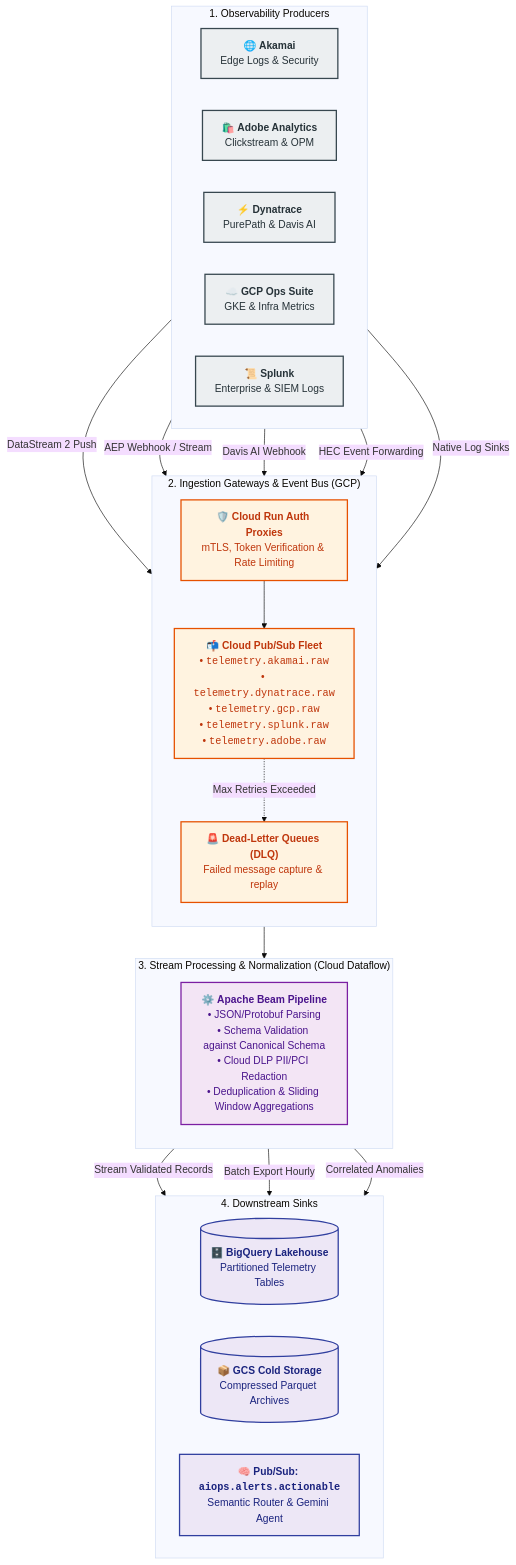
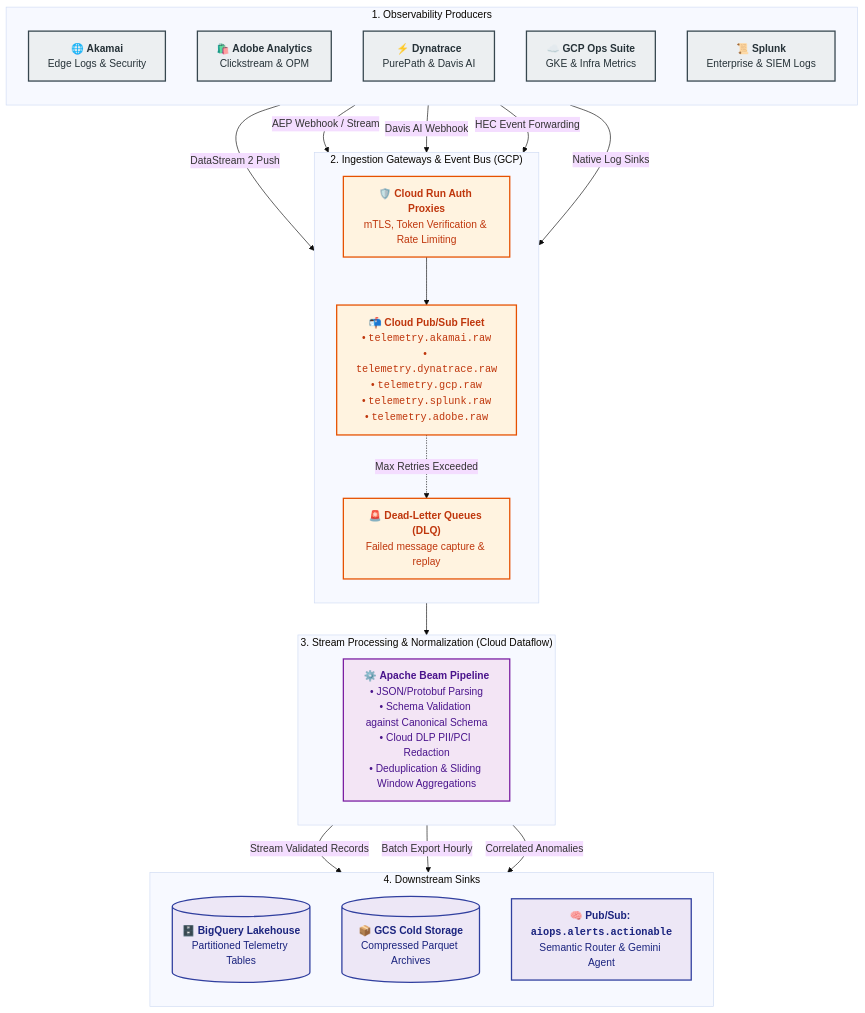
The diagram in docs/architecture/01_ingestion/README.md (toanbui626391/aiops_architect), drawn with Mermaid (base theme) before and after one commit. The commit also changed 1 other file, not shown here.

Commit message:
update skills and diagrams

````diff
--- a/docs/architecture/01_ingestion/README.md
+++ b/docs/architecture/01_ingestion/README.md
@@ -9,60 +9,60 @@
 ```mermaid
 flowchart TD
     %% PRODUCERS
     subgraph Producers["1. Observability Producers"]
-        direction LR
+        direction TB
         Akamai["🌐 <b>Akamai</b><br/>Edge Logs & Security"]
         Adobe["🛍️ <b>Adobe Analytics</b><br/>Clickstream & OPM"]
         Dyna["⚡ <b>Dynatrace</b><br/>PurePath & Davis AI"]
         GCPOps["☁️ <b>GCP Ops Suite</b><br/>GKE & Infra Metrics"]
         Splunk["📜 <b>Splunk</b><br/>Enterprise & SIEM Logs"]
     end
 
     %% INGESTION GATEWAYS & BUS
     subgraph Ingestion_Bus["2. Ingestion Gateways & Event Bus (GCP)"]
         direction TB
         CR_GW["🛡️ <b>Cloud Run Auth Proxies</b><br/>mTLS, Token Verification & Rate Limiting"]
         PubSub_Topics["📬 <b>Cloud Pub/Sub Fleet</b><br/>• <code>telemetry.akamai.raw</code><br/>• <code>telemetry.dynatrace.raw</code><br/>• <code>telemetry.gcp.raw</code><br/>• <code>telemetry.splunk.raw</code><br/>• <code>telemetry.adobe.raw</code>"]
         DLQ["🚨 <b>Dead-Letter Queues (DLQ)</b><br/>Failed message capture & replay"]
     end
 
     %% STREAM PROCESSING ENGINE
     subgraph Stream_ETL["3. Stream Processing & Normalization (Cloud Dataflow)"]
         direction TB
         Beam_Job["⚙️ <b>Apache Beam Pipeline</b><br/>• JSON/Protobuf Parsing<br/>• Schema Validation against Canonical Schema<br/>• Cloud DLP PII/PCI Redaction<br/>• Deduplication & Sliding Window Aggregations"]
     end
 
     %% SINKS & CONSUMERS
     subgraph Sinks["4. Downstream Sinks"]
-        direction LR
+        direction TB
         BQ[("🗄️ <b>BigQuery Lakehouse</b><br/>Partitioned Telemetry Tables")]
         GCS[("📦 <b>GCS Cold Storage</b><br/>Compressed Parquet Archives")]
         AI_Bus["🧠 <b>Pub/Sub: <code>aiops.alerts.actionable</code></b><br/>Semantic Router & Gemini Agent"]
     end
 
     %% CONNECTIONS
     Akamai -->|DataStream 2 Push| CR_GW
     Adobe -->|AEP Webhook / Stream| CR_GW
     Dyna -->|Davis AI Webhook| CR_GW
     Splunk -->|HEC Event Forwarding| CR_GW
     GCPOps -->|Native Log Sinks| PubSub_Topics
 
     CR_GW --> PubSub_Topics
     PubSub_Topics --> Beam_Job
     PubSub_Topics -.->|Max Retries Exceeded| DLQ
 
     Beam_Job -->|Stream Validated Records| BQ
     Beam_Job -->|Batch Export Hourly| GCS
     Beam_Job -->|Correlated Anomalies| AI_Bus
 
     %% STYLING
     classDef prodStyle fill:#ECEFF1,stroke:#37474F,stroke-width:2px,color:#263238;
     classDef busStyle fill:#FFF3E0,stroke:#E65100,stroke-width:2px,color:#BF360C;
     classDef etlStyle fill:#F3E5F5,stroke:#7B1FA2,stroke-width:2px,color:#4A148C;
     classDef sinkStyle fill:#EDE7F6,stroke:#303F9F,stroke-width:2px,color:#1A237E;
 
     class Akamai,Adobe,Dyna,GCPOps,Splunk prodStyle;
     class CR_GW,PubSub_Topics,DLQ busStyle;
     class Beam_Job etlStyle;
     class BQ,GCS,AI_Bus sinkStyle;
 ```
````
